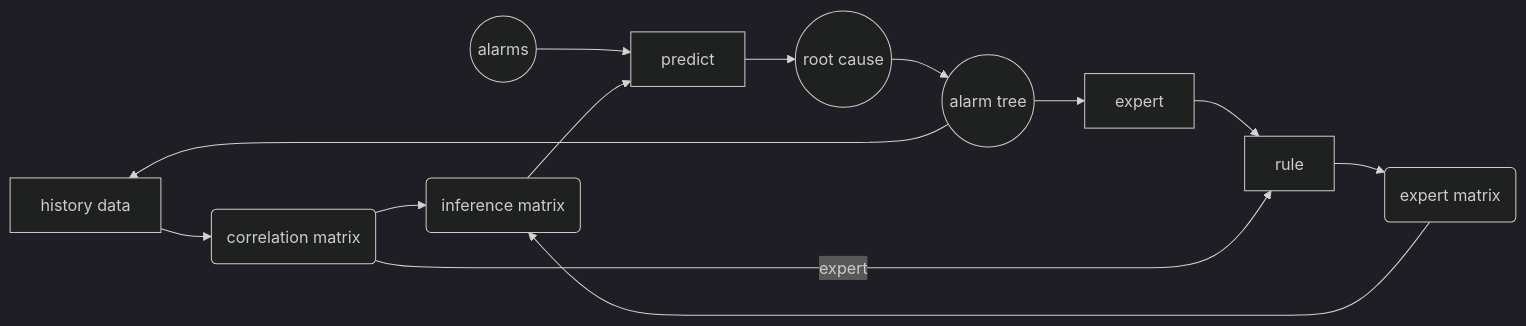
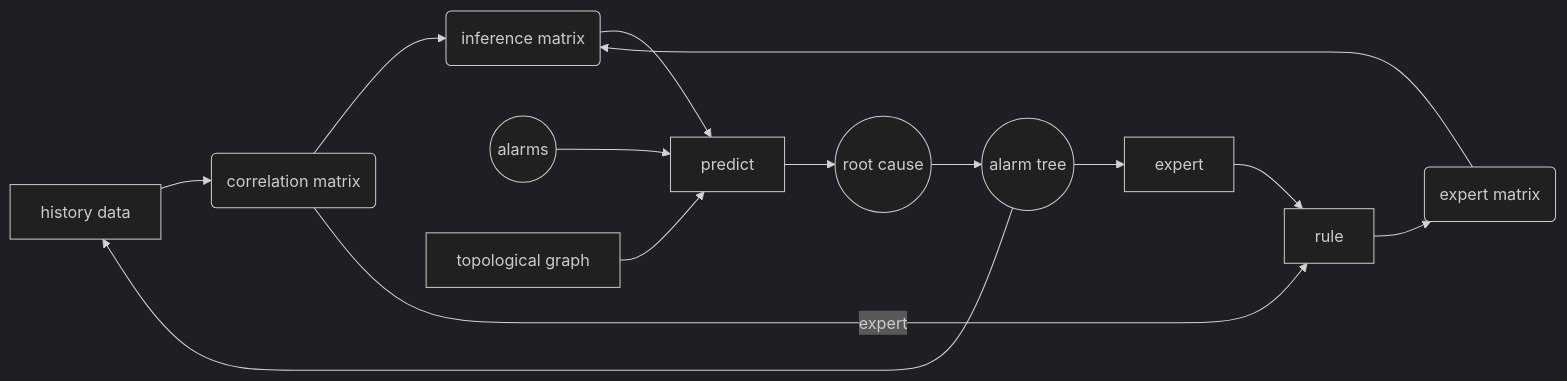
The diagram in readme.md (guangmingtudou/intern_diary), drawn with Mermaid (dark theme) before and after one commit. The commit also changed 1 other file, not shown here.

Commit message:
2026/2/2

````diff
--- a/readme.md
+++ b/readme.md
@@ -7,16 +7,17 @@
 ```mermaid
 graph LR
     A[history data] --> B(correlation matrix)
     
     B --> E(inference matrix)
     C[rule] --> D(expert matrix)
     D --> E
     F((alarms)) --> G[predict]
     E --> G
     I --> J[expert]
     J --> C
     H --> I((alarm tree))
     G --> H((root cause))
     B -- expert --> C
     I --> A
+    topo[topological graph] --> G
 ```
````
